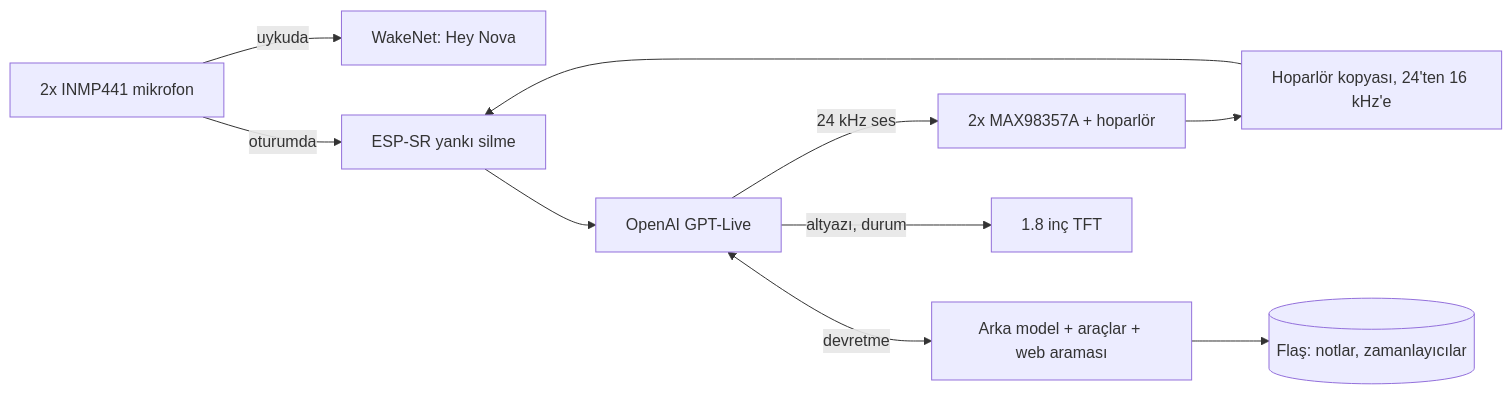
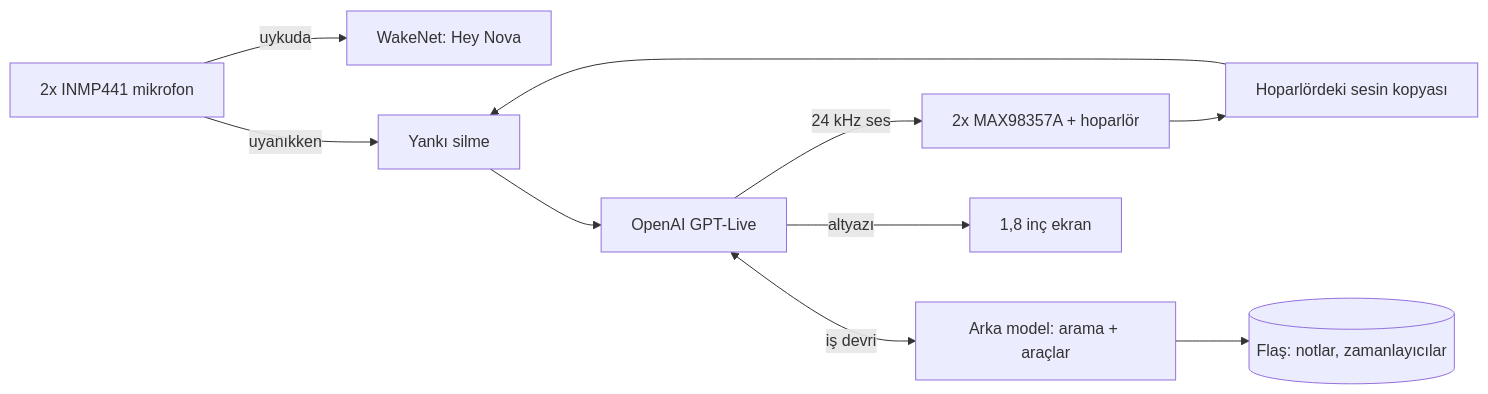
The diagram in README.tr.md (ntogou/nova-v2), drawn with Mermaid before and after one commit. The commit also changed other lines of this file and 1 other file, not shown here.

````diff
--- a/README.tr.md
+++ b/README.tr.md
@@ -31,12 +33,12 @@
 ```mermaid
 flowchart LR
     MIC["2x INMP441 mikrofon"] -->|uykuda| WAKE["WakeNet: Hey Nova"]
-    MIC -->|oturumda| AEC["ESP-SR yankı silme"]
-    REF["Hoparlör kopyası, 24'ten 16 kHz'e"] --> AEC
+    MIC -->|uyanıkken| AEC["Yankı silme"]
+    REF["Hoparlördeki sesin kopyası"] --> AEC
     AEC --> LIVE["OpenAI GPT-Live"]
     LIVE -->|24 kHz ses| SPK["2x MAX98357A + hoparlör"]
     SPK --> REF
-    LIVE <-->|devretme| BACK["Arka model + araçlar + web araması"]
+    LIVE <-->|iş devri| BACK["Arka model: arama + araçlar"]
     BACK --> MEM[("Flaş: notlar, zamanlayıcılar")]
-    LIVE -->|altyazı, durum| TFT["1.8 inç TFT"]
+    LIVE -->|altyazı| TFT["1,8 inç ekran"]
 ```
````
